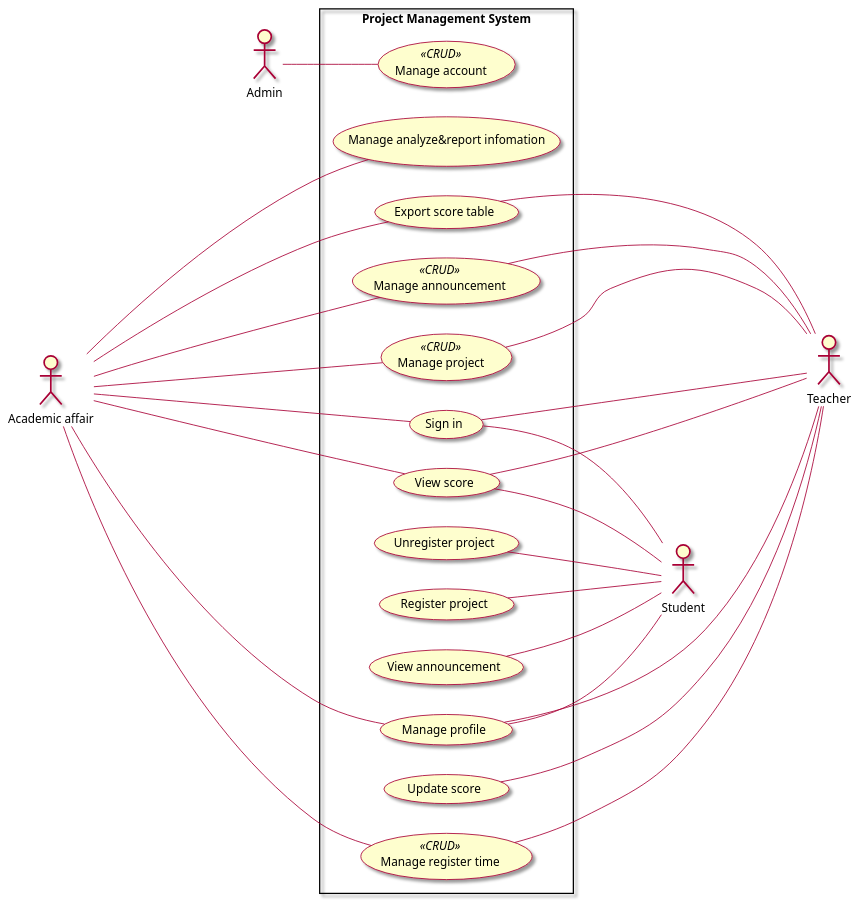
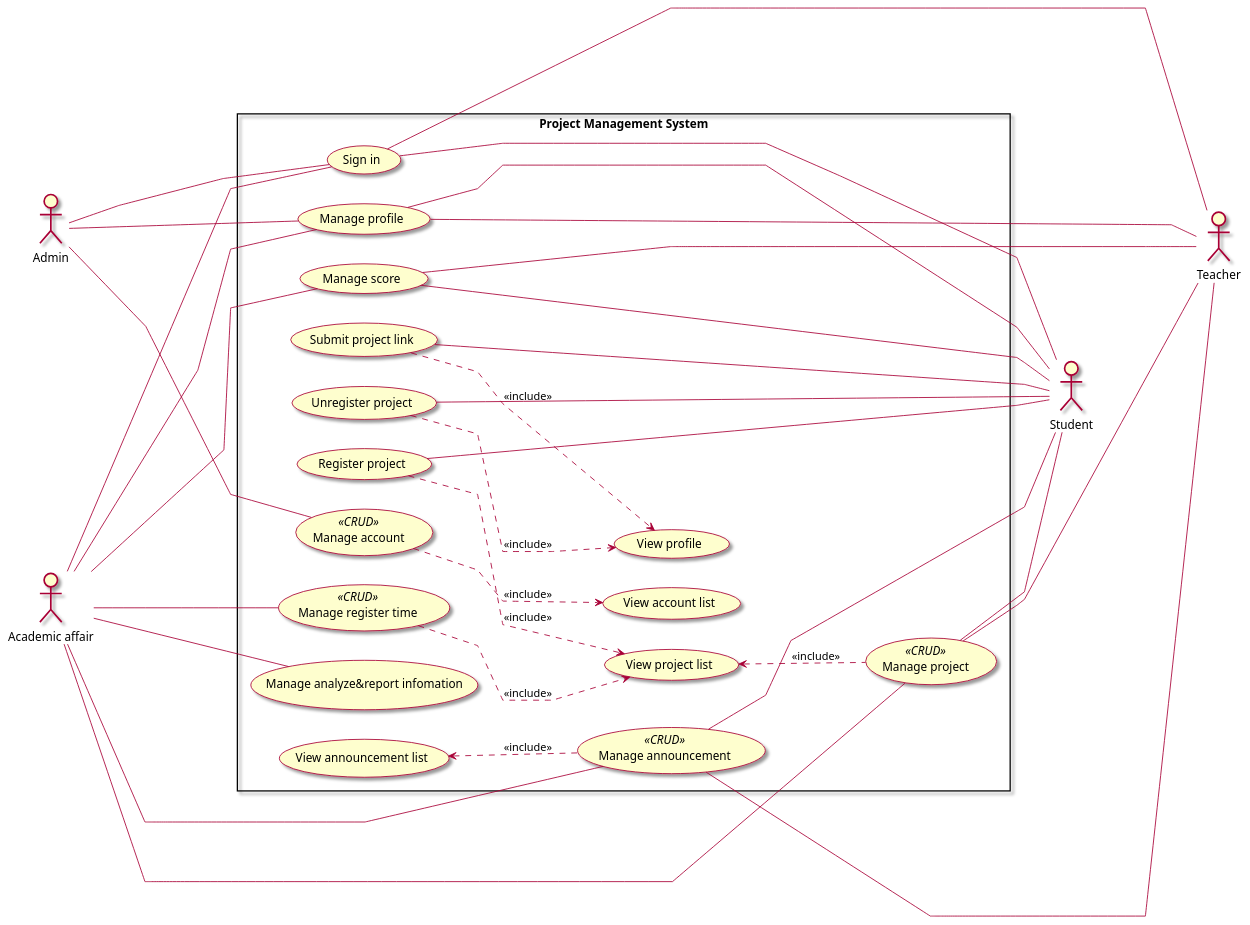
The diagram in Use Case/1. UC Main.puml (Marowota/SE100-plantuml), drawn with PlantUML before and after one commit. The commit also changed 15 other files, not shown here.

```diff
--- a/Use Case/1. UC Main.puml
+++ b/Use Case/1. UC Main.puml
@@ -1,47 +1,67 @@
 @startuml UC Main
 skin rose 
 left to right direction
+skinparam Linetype polyline
 actor Admin as a
 actor Student as s
 actor "Academic affair" as aff
 actor Teacher as t
 rectangle "Project Management System" {
   usecase "Manage account" as ManageAccount <<CRUD>>
   usecase "Manage analyze&report infomation" as ManageAnalyze
-  usecase "Export score table" as ExportScoreTable
-  usecase "Manage announcement" as ManageNotes <<CRUD>>
+  usecase "Manage announcement" as ManageAnnouncement <<CRUD>>
   usecase "Manage project" as ManageProject <<CRUD>>
   usecase "Sign in" as Signin
-  usecase "View score" as ViewScore
-  usecase "Manage profile" as ManageProfile
-  usecase "View announcement" as ViewNotes
-  usecase "Update score" as UpdateScore
   usecase "Register project" as RegisterProject
   usecase "Unregister project" as UnregisterProject
   usecase "Manage register time" as ManageRegisterTime <<CRUD>>
+  usecase "Manage profile" as ManageProfile
+  usecase "View project list" as ViewProjectList
+  usecase "View announcement list" as ViewAnnouncementList
+  usecase "Manage score" as ManageScore
+  usecase "View account list" as ViewAccountList
+  usecase "View profile" as ViewProfile
+  usecase "Submit project link" as SubmitProjectLink
 }
 
-a -- ManageAccount
-Signin --- s
-ManageProfile --- s
-aff ----- ManageProfile
-ManageProfile --- t
-aff -- ManageAnalyze
-aff -- ManageNotes
-ManageNotes ----- t
-aff -----ManageProject
-RegisterProject --- s
-UnregisterProject --- s
-ManageProject ----- t
-ViewNotes --- s
-aff ----- ViewScore
-ViewScore --- s
-UpdateScore ----- t
-ViewScore ----- t
-Signin ----- t
-aff ----- Signin
-aff -- ExportScoreTable
-aff ----- ManageRegisterTime
-ExportScoreTable ----- t
-ManageRegisterTime ----- t
+aff ---- ManageProject
+ManageProject ---- t
+ManageProject ---- s
+
+aff ---- ManageAnnouncement
+ManageAnnouncement ---- t
+ManageAnnouncement ---- s
+
+aff ---- ManageAnalyze
+
+aff ---- ManageProfile
+ManageProfile ---- t
+ManageProfile ---- s
+a ---- ManageProfile
+
+aff ---- Signin
+Signin ---- t
+Signin ---- s
+a ---- Signin
+
+aff ---- ManageScore
+ManageScore ---- t
+ManageScore ---- s
+
+s ---- RegisterProject
+s ---- UnregisterProject
+
+aff ---- ManageRegisterTime
+
+a ---- ManageAccount
+
+SubmitProjectLink ---- s
+
+ViewProjectList <.. ManageProject: <<include>>
+ViewAnnouncementList <.. ManageAnnouncement: <<include>>
+RegisterProject ..> ViewProjectList: <<include>>
+ManageRegisterTime ..> ViewProjectList: <<include>>
+ManageAccount ..> ViewAccountList: <<include>>
+UnregisterProject ..> ViewProfile: <<include>>
+SubmitProjectLink ..> ViewProfile: <<include>>
 @enduml
```
